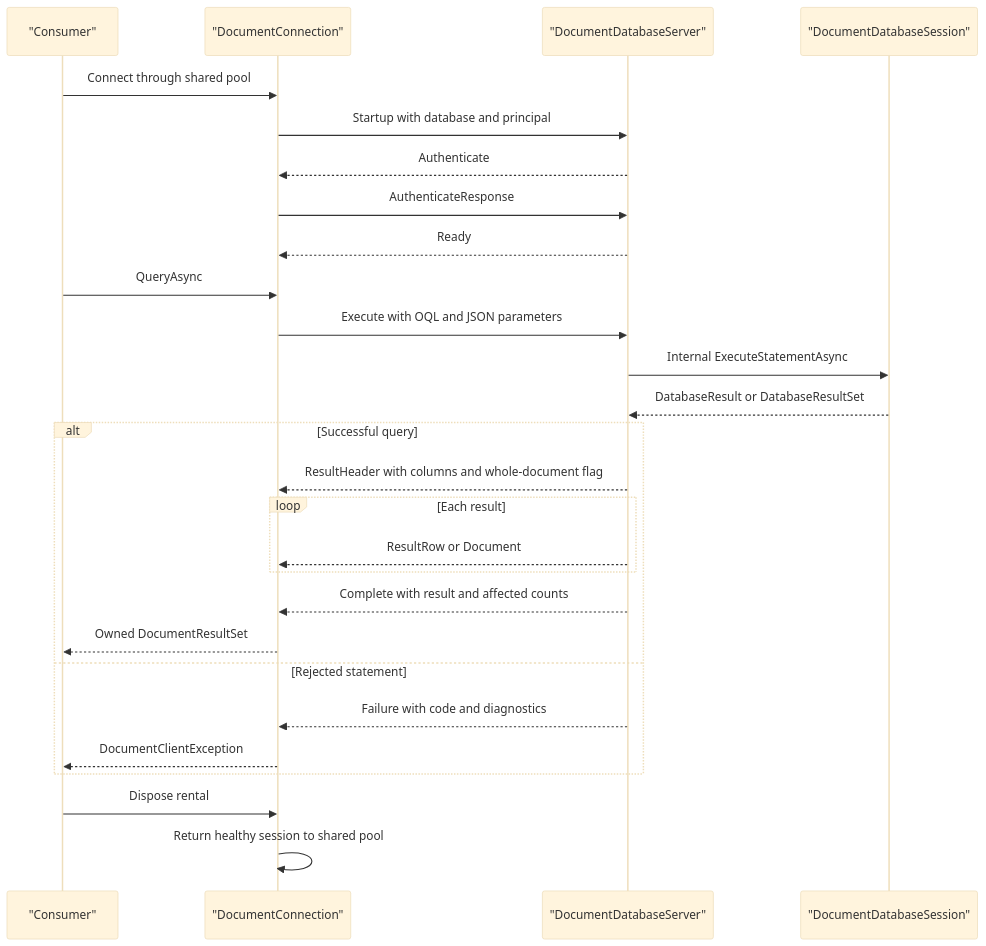
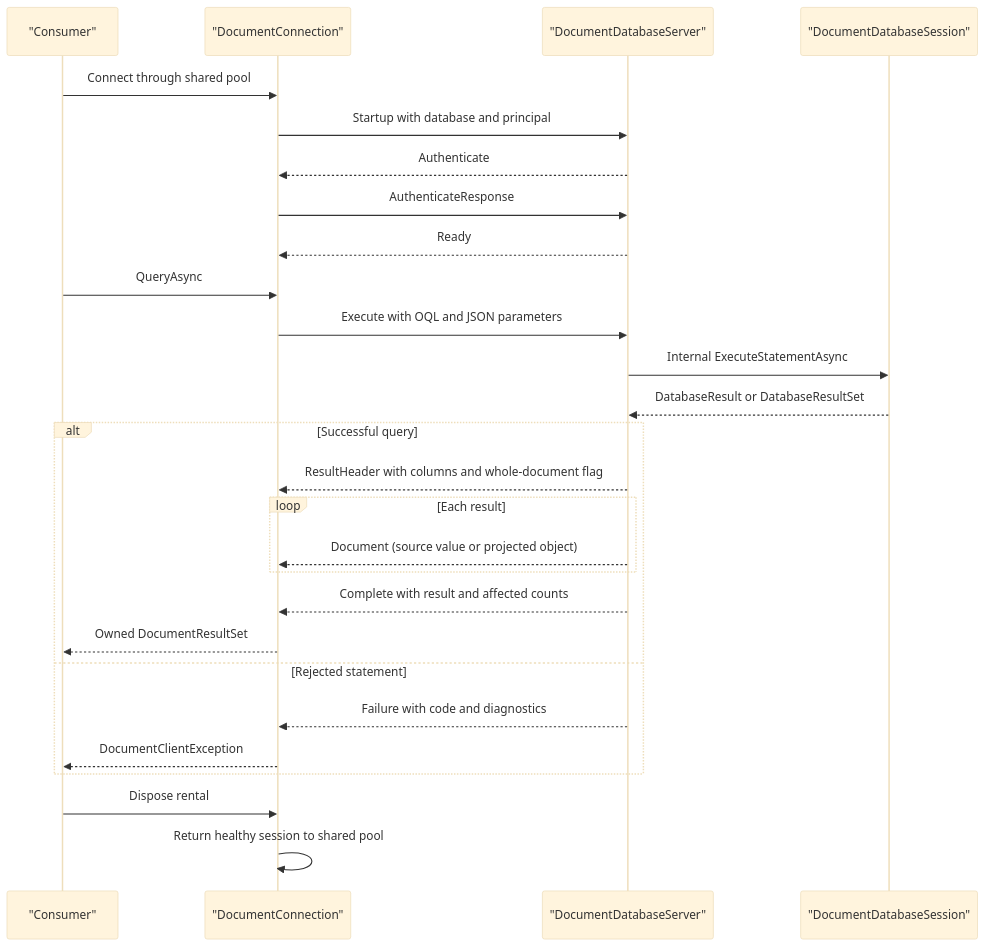
Before and after one commit to assimalign/cohesion: the second of 2 diagrams in resources/Database/Assimalign.Cohesion.Database.Documents.Client/docs/DESIGN.md, drawn with Mermaid (base theme). The commit also changed other lines of this file and 36 other files, not shown here.

````diff
--- a/resources/Database/Assimalign.Cohesion.Database.Documents.Client/docs/DESIGN.md
+++ b/resources/Database/Assimalign.Cohesion.Database.Documents.Client/docs/DESIGN.md
@@ -47,29 +47,29 @@
 ```mermaid
 sequenceDiagram
     participant App as "Consumer"
     participant Client as "DocumentConnection"
     participant Server as "DocumentDatabaseServer"
     participant Session as "DocumentDatabaseSession"
     App->>Client: Connect through shared pool
     Client->>Server: Startup with database and principal
     Server-->>Client: Authenticate
     Client->>Server: AuthenticateResponse
     Server-->>Client: Ready
     App->>Client: QueryAsync
     Client->>Server: Execute with OQL and JSON parameters
     Server->>Session: Internal ExecuteStatementAsync
     Session-->>Server: DatabaseResult or DatabaseResultSet
     alt Successful query
         Server-->>Client: ResultHeader with columns and whole-document flag
         loop Each result
-            Server-->>Client: ResultRow or Document
+        Server-->>Client: Document (source value or projected object)
         end
         Server-->>Client: Complete with result and affected counts
         Client-->>App: Owned DocumentResultSet
     else Rejected statement
         Server-->>Client: Failure with code and diagnostics
         Client-->>App: DocumentClientException
     end
     App->>Client: Dispose rental
     Client->>Client: Return healthy session to shared pool
 ```
````
